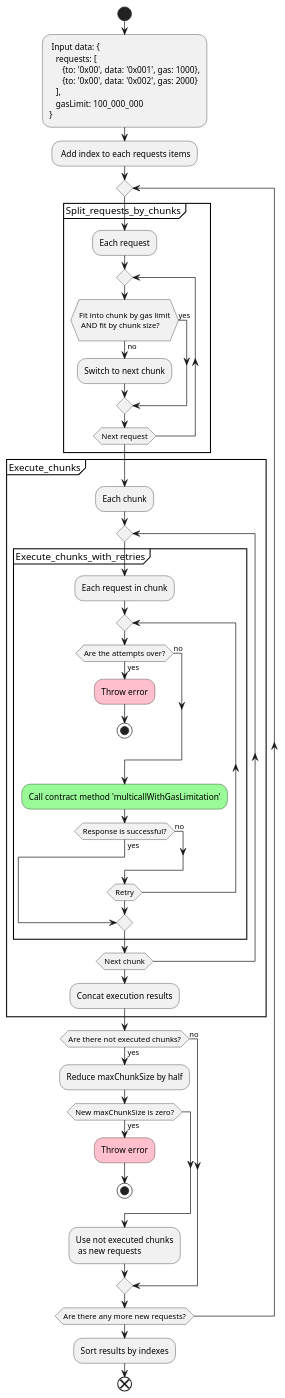
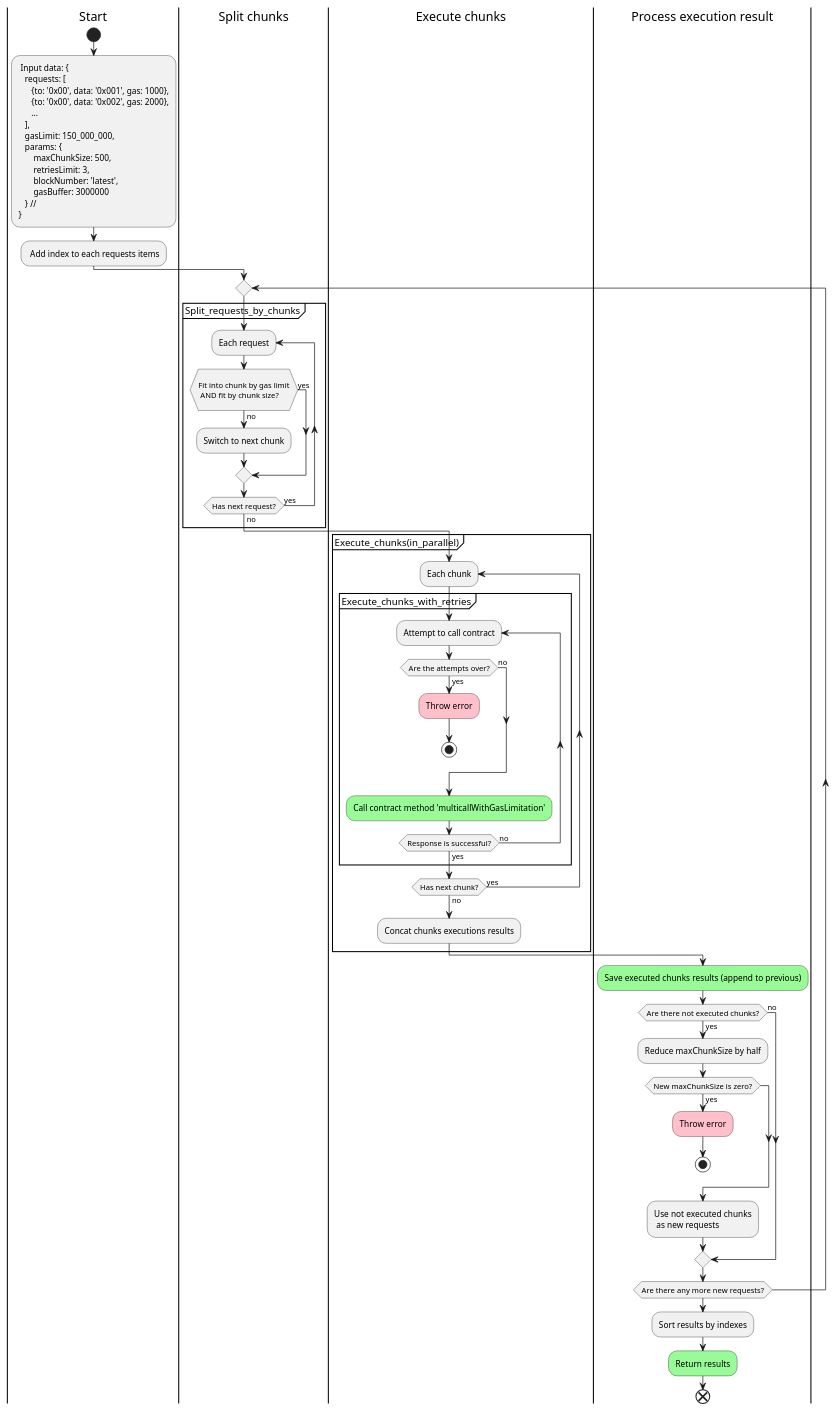
Before and after one commit to 1inch/multicall: the diagram in docs/multicall.puml, drawn with PlantUML. The commit also changed 5 other files, not shown here.

```diff
--- a/docs/multicall.puml
+++ b/docs/multicall.puml
@@ -1,51 +1,63 @@
 @startuml
+|Start|
 start
-: Input data: {\n   requests: [\n      {to: '0x00', data: '0x001', gas: 1000},\n      {to: '0x00', data: '0x002', gas: 2000}\n   ], \n   gasLimit: 100_000_000\n};
+: Input data: {
+   requests: [
+      {to: '0x00', data: '0x001', gas: 1000},
+      {to: '0x00', data: '0x002', gas: 2000},
+      ...
+   ],
+   gasLimit: 150_000_000,
+   params: {
+       maxChunkSize: 500,
+       retriesLimit: 3,
+       blockNumber: 'latest',
+       gasBuffer: 3000000
+   } //
+};
 : Add index to each requests items;
+|Split chunks|
 repeat
     partition Split_requests_by_chunks {
-        :Each request;
-        repeat
+        repeat :Each request;
         if (\nFit into chunk by gas limit\n AND fit by chunk size?\n) then (yes)
 
         else (no)
         :Switch to next chunk;
         endif
-        repeat while (Next request)
+        repeat while (Has next request?)  is (yes) not (no)
     }
-    partition Execute_chunks {
-        :Each chunk;
-        repeat
+|Execute chunks|
+    partition Execute_chunks(in_parallel) {
+        repeat :Each chunk;
             partition Execute_chunks_with_retries {
-                :Each request in chunk;
-                repeat
+                repeat :Attempt to call contract;
                     if (Are the attempts over?) then (yes)
                         #pink:Throw error;
                         stop;
                     else (no)
                     endif;
                     #palegreen:Call contract method 'multicallWithGasLimitation';
-                    if (Response is successful?) then (yes)
-                        break;
-                    else (no)
-                    endif;
-                repeat while (Retry)
+                repeat while (Response is successful?) is (no) not (yes)
             }
-        repeat while (Next chunk)
-        :Concat execution results;
+        repeat while (Has next chunk?) is (yes) not (no)
+        :Concat chunks executions results;
     }
+|Process execution result|
+#palegreen:Save executed chunks results (append to previous);
 
 if (Are there not executed chunks?) then (yes)
     :Reduce maxChunkSize by half;
     if (New maxChunkSize is zero?) then (yes)
         #pink:Throw error;
         stop;
     endif;
     :Use not executed chunks\n as new requests;
 else (no)
 endif;
 
 repeat while (Are there any more new requests?)
 :Sort results by indexes;
+#palegreen:Return results;
 end
 @enduml
```
